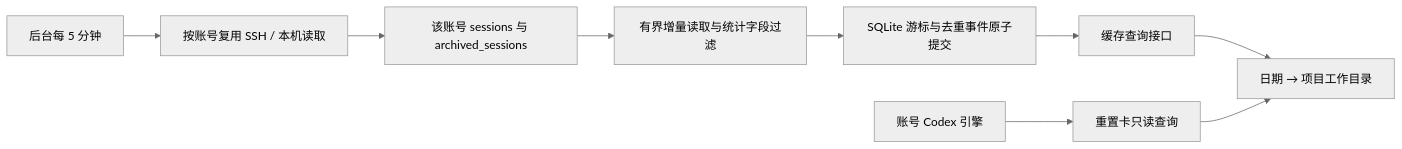
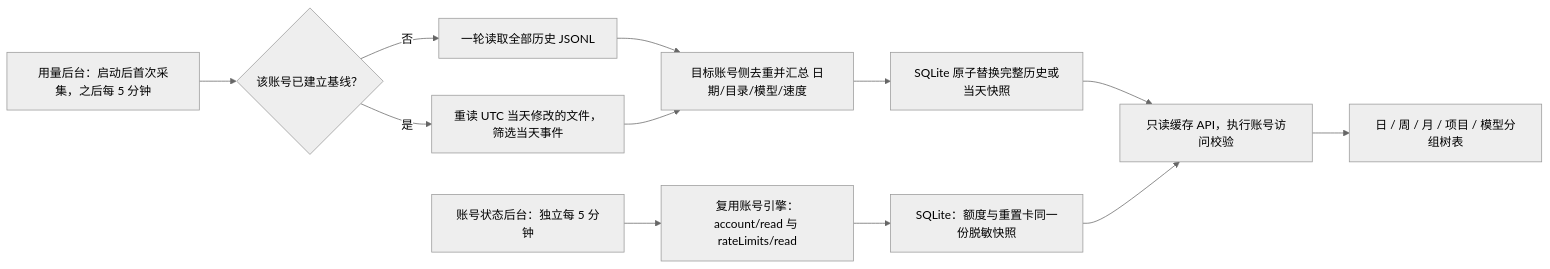
Before and after one commit to Poeagle/agentManager: the diagram in docs/codex-account-usage.md, drawn with Mermaid (neutral theme). The commit also changed other lines of this file and 17 other files, not shown here.

Commit message:
feat: cache Codex account snapshots and add usage dimensions

````diff
--- a/docs/codex-account-usage.md
+++ b/docs/codex-account-usage.md
@@ -5,11 +5,14 @@
 ```mermaid
 flowchart LR
- A[后台每 5 分钟] --> B[按账号复用 SSH / 本机读取]
- B --> C[该账号 sessions 与 archived_sessions]
- C --> D[有界增量读取与统计字段过滤]
- D --> E[SQLite 游标与去重事件原子提交]
- E --> F[缓存查询接口]
- F --> G[日期 → 项目工作目录]
- H[账号 Codex 引擎] --> I[重置卡只读查询]
- I --> G
+ A[用量后台：启动后首次采集，之后每 5 分钟] --> B{该账号已建立基线？}
+ B -->|否| C[一轮读取全部历史 JSONL]
+ B -->|是| D[重读 UTC 当天修改的文件，筛选当天事件]
+ C --> E[目标账号侧去重并汇总 日期/目录/模型/速度]
+ D --> E
+ E --> F[SQLite 原子替换完整历史或当天快照]
+ G[账号状态后台：独立每 5 分钟] --> H[复用账号引擎：account/read 与 rateLimits/read]
+ H --> I[SQLite：额度与重置卡同一份脱敏快照]
+ F --> J[只读缓存 API，执行账号访问校验]
+ I --> J
+ J --> K[日 / 周 / 月 / 项目 / 模型分组树表]
 ```
````
